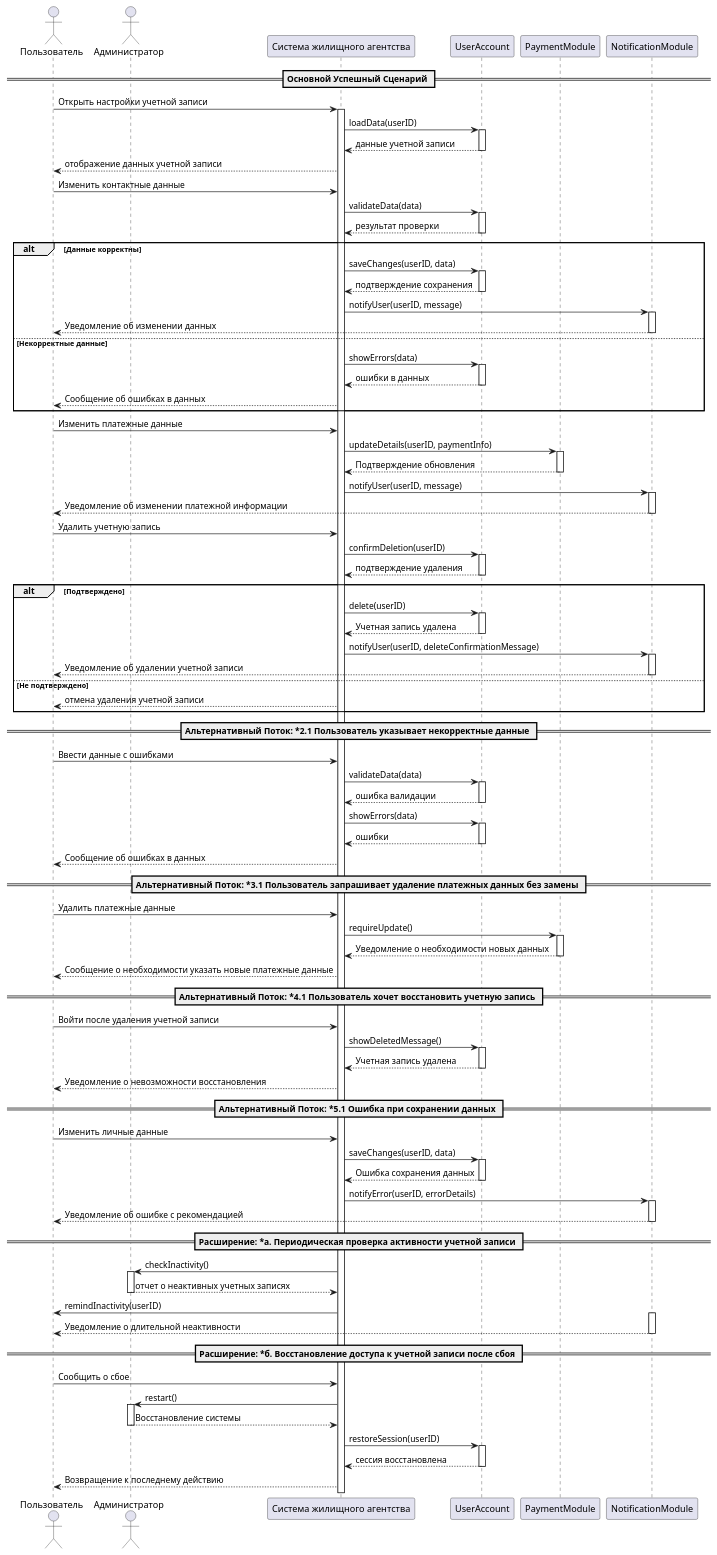
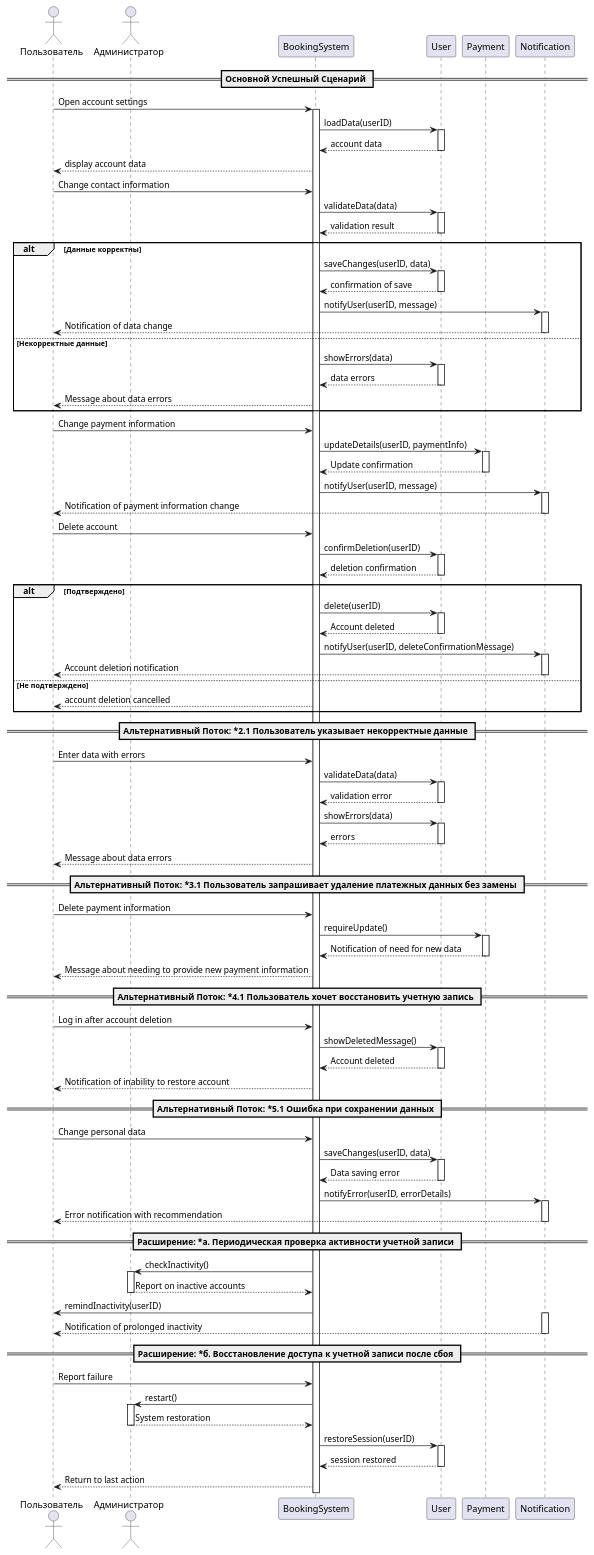
Before and after one commit to penamarth/bsbo-01-22_team4_var8: the diagram in precedents/AccountsManagement/SequenceDiagram.md, drawn with PlantUML.

Commit message:
Translate russian text in scenarios to english

````diff
--- a/precedents/AccountsManagement/SequenceDiagram.md
+++ b/precedents/AccountsManagement/SequenceDiagram.md
@@ -4,153 +4,153 @@
 actor "Пользователь" as User
 actor "Администратор" as Admin
 
-participant "Система жилищного агентства" as System
-participant "UserAccount" as Account
-participant "PaymentModule" as Payment
-participant "NotificationModule" as Notifier
+participant "BookingSystem" as System
+participant "User" as Account
+participant "Payment" as Payment
+participant "Notification" as Notifier
 
 == Основной Успешный Сценарий ==
 
-User -> System : Открыть настройки учетной записи
+User -> System : Open account settings
 activate System
 
 System -> Account : loadData(userID)
 activate Account
-Account --> System : данные учетной записи
+Account --> System : account data
 deactivate Account
 
-System --> User : отображение данных учетной записи
+System --> User : display account data
 
-User -> System : Изменить контактные данные
+User -> System : Change contact information
 System -> Account : validateData(data)
 activate Account
-Account --> System : результат проверки
+Account --> System : validation result
 deactivate Account
 
 alt Данные корректны
     System -> Account : saveChanges(userID, data)
     activate Account
-    Account --> System : подтверждение сохранения
+    Account --> System : confirmation of save
     deactivate Account
 
     System -> Notifier : notifyUser(userID, message)
     activate Notifier
-    Notifier --> User : Уведомление об изменении данных
+    Notifier --> User : Notification of data change
     deactivate Notifier
 else Некорректные данные
     System -> Account : showErrors(data)
     activate Account
-    Account --> System : ошибки в данных
+    Account --> System : data errors
     deactivate Account
 
-    System --> User : Сообщение об ошибках в данных
+    System --> User : Message about data errors
 end
 
-User -> System : Изменить платежные данные
+User -> System : Change payment information
 System -> Payment : updateDetails(userID, paymentInfo)
 activate Payment
-Payment --> System : Подтверждение обновления
+Payment --> System : Update confirmation
 deactivate Payment
 
 System -> Notifier : notifyUser(userID, message)
 activate Notifier
-Notifier --> User : Уведомление об изменении платежной информации
+Notifier --> User : Notification of payment information change
 deactivate Notifier
 
-User -> System : Удалить учетную запись
+User -> System : Delete account
 System -> Account : confirmDeletion(userID)
 activate Account
-Account --> System : подтверждение удаления
+Account --> System : deletion confirmation
 deactivate Account
 
 alt Подтверждено
     System -> Account : delete(userID)
     activate Account
-    Account --> System : Учетная запись удалена
+    Account --> System : Account deleted
     deactivate Account
 
     System -> Notifier : notifyUser(userID, deleteConfirmationMessage)
     activate Notifier
-    Notifier --> User : Уведомление об удалении учетной записи
+    Notifier --> User : Account deletion notification
     deactivate Notifier
 else Не подтверждено
-    System --> User : отмена удаления учетной записи
+    System --> User : account deletion cancelled
 end
 
 == Альтернативный Поток: *2.1 Пользователь указывает некорректные данные ==
 
-User -> System : Ввести данные с ошибками
+User -> System : Enter data with errors
 System -> Account : validateData(data)
 activate Account
-Account --> System : ошибка валидации
+Account --> System : validation error
 deactivate Account
 
 System -> Account : showErrors(data)
 activate Account
-Account --> System : ошибки
+Account --> System : errors
 deactivate Account
 
-System --> User : Сообщение об ошибках в данных
+System --> User : Message about data errors
 
 == Альтернативный Поток: *3.1 Пользователь запрашивает удаление платежных данных без замены ==
 
-User -> System : Удалить платежные данные
+User -> System : Delete payment information
 System -> Payment : requireUpdate()
 activate Payment
-Payment --> System : Уведомление о необходимости новых данных
+Payment --> System : Notification of need for new data
 deactivate Payment
 
-System --> User : Сообщение о необходимости указать новые платежные данные
+System --> User : Message about needing to provide new payment information
 
 == Альтернативный Поток: *4.1 Пользователь хочет восстановить учетную запись ==
 
-User -> System : Войти после удаления учетной записи
+User -> System : Log in after account deletion
 System -> Account : showDeletedMessage()
 activate Account
-Account --> System : Учетная запись удалена
+Account --> System : Account deleted
 deactivate Account
 
-System --> User : Уведомление о невозможности восстановления
+System --> User : Notification of inability to restore account
 
 == Альтернативный Поток: *5.1 Ошибка при сохранении данных ==
 
-User -> System : Изменить личные данные
+User -> System : Change personal data
 System -> Account : saveChanges(userID, data)
 activate Account
-Account --> System : Ошибка сохранения данных
+Account --> System : Data saving error
 deactivate Account
 
 System -> Notifier : notifyError(userID, errorDetails)
 activate Notifier
-Notifier --> User : Уведомление об ошибке с рекомендацией
+Notifier --> User : Error notification with recommendation
 deactivate Notifier
 
 == Расширение: *а. Периодическая проверка активности учетной записи ==
 
 System -> Admin : checkInactivity()
 activate Admin
-Admin --> System : отчет о неактивных учетных записях
+Admin --> System : Report on inactive accounts
 deactivate Admin
 
 System -> User : remindInactivity(userID)
 activate Notifier
-Notifier --> User : Уведомление о длительной неактивности
+Notifier --> User : Notification of prolonged inactivity
 deactivate Notifier
 
 == Расширение: *б. Восстановление доступа к учетной записи после сбоя ==
 
-User -> System : Сообщить о сбое
+User -> System : Report failure
 System -> Admin : restart()
 activate Admin
-Admin --> System : Восстановление системы
+Admin --> System : System restoration
 deactivate Admin
 
 System -> Account : restoreSession(userID)
 activate Account
-Account --> System : сессия восстановлена
+Account --> System : session restored
 deactivate Account
 
-System --> User : Возвращение к последнему действию
+System --> User : Return to last action
 
 @enduml
 ```
````
